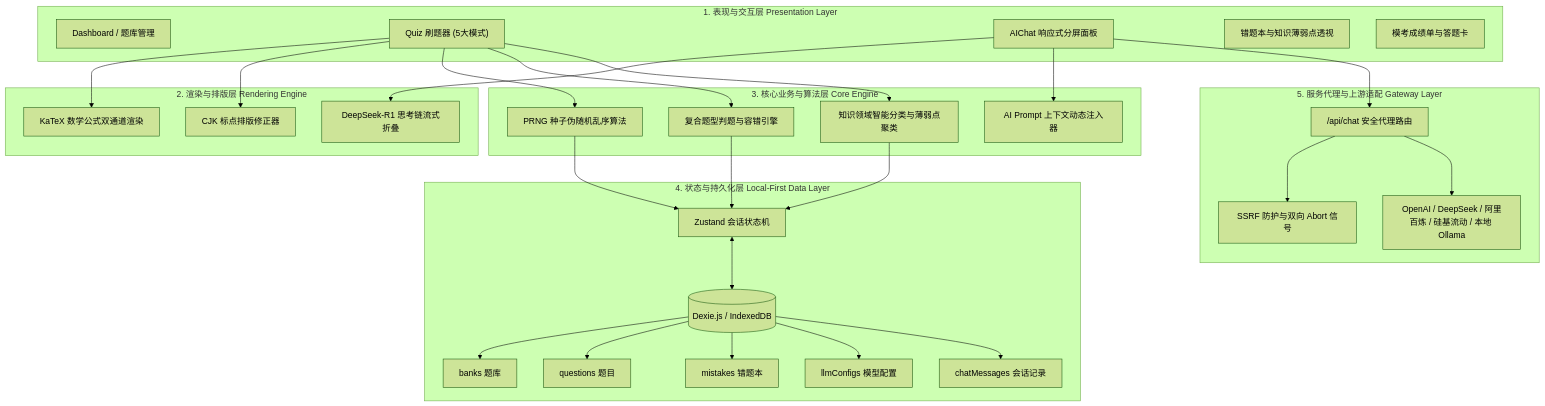
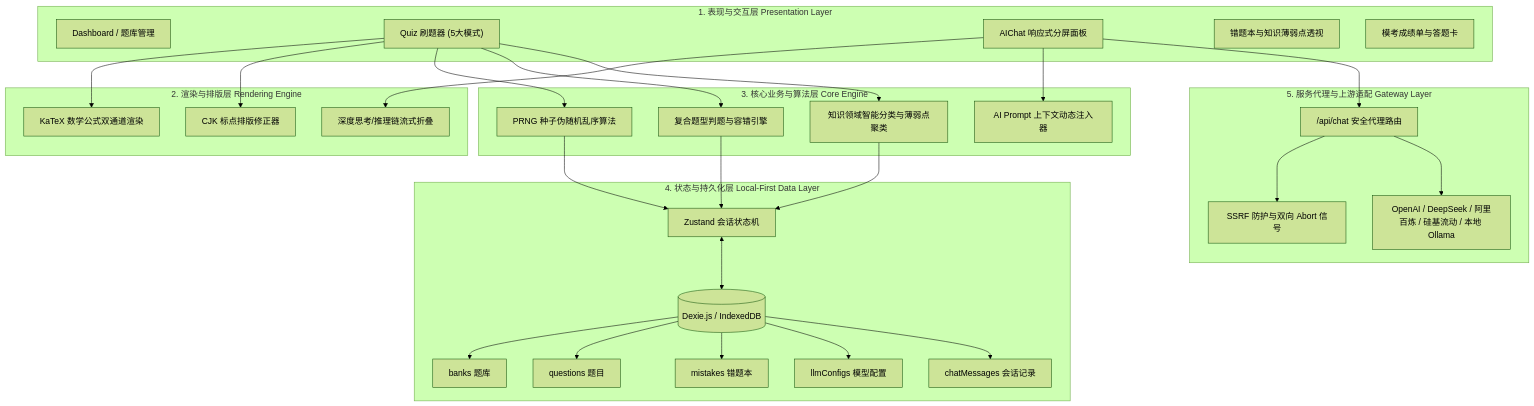
The diagram in README.md (Administration-626/learn-helper-web), drawn with Mermaid (forest theme) before and after one commit. The commit also changed other lines of this file and 1 other file, not shown here.

Commit message:
refactor: 泛化推理模型协议描述，移除特定过时模型代称与行内 Emoji

````diff
--- a/README.md
+++ b/README.md
@@ -12,54 +12,54 @@
 ```mermaid
 graph TD
     subgraph Layer1 ["1. 表现与交互层 Presentation Layer"]
         P1["Dashboard / 题库管理"]
         P2["Quiz 刷题器 (5大模式)"]
         P3["AIChat 响应式分屏面板"]
         P4["错题本与知识薄弱点透视"]
         P5["模考成绩单与答题卡"]
     end
 
     subgraph Layer2 ["2. 渲染与排版层 Rendering Engine"]
         R1["KaTeX 数学公式双通道渲染"]
         R2["CJK 标点排版修正器"]
-        R3["DeepSeek-R1 思考链流式折叠"]
+        R3["深度思考/推理链流式折叠"]
     end
 
     subgraph Layer3 ["3. 核心业务与算法层 Core Engine"]
         E1["PRNG 种子伪随机乱序算法"]
         E2["复合题型判题与容错引擎"]
         E3["知识领域智能分类与薄弱点聚类"]
         E4["AI Prompt 上下文动态注入器"]
     end
 
     subgraph Layer4 ["4. 状态与持久化层 Local-First Data Layer"]
         S1["Zustand 会话状态机"]
         D1[("Dexie.js / IndexedDB")]
         D1 --> T1["banks 题库"]
         D1 --> T2["questions 题目"]
         D1 --> T3["mistakes 错题本"]
         D1 --> T4["llmConfigs 模型配置"]
         D1 --> T5["chatMessages 会话记录"]
     end
 
     subgraph Layer5 ["5. 服务代理与上游适配 Gateway Layer"]
         G1["/api/chat 安全代理路由"]
         SEC["SSRF 防护与双向 Abort 信号"]
         LLM["OpenAI / DeepSeek / 阿里百炼 / 硅基流动 / 本地 Ollama"]
         G1 --> SEC
         G1 --> LLM
     end
 
     P2 --> R1
     P2 --> R2
     P3 --> R3
     P2 --> E1
     P2 --> E2
     P2 --> E3
     P3 --> E4
     E1 --> S1
     E2 --> S1
     E3 --> S1
     S1 <--> D1
     P3 --> G1
 ```
````
